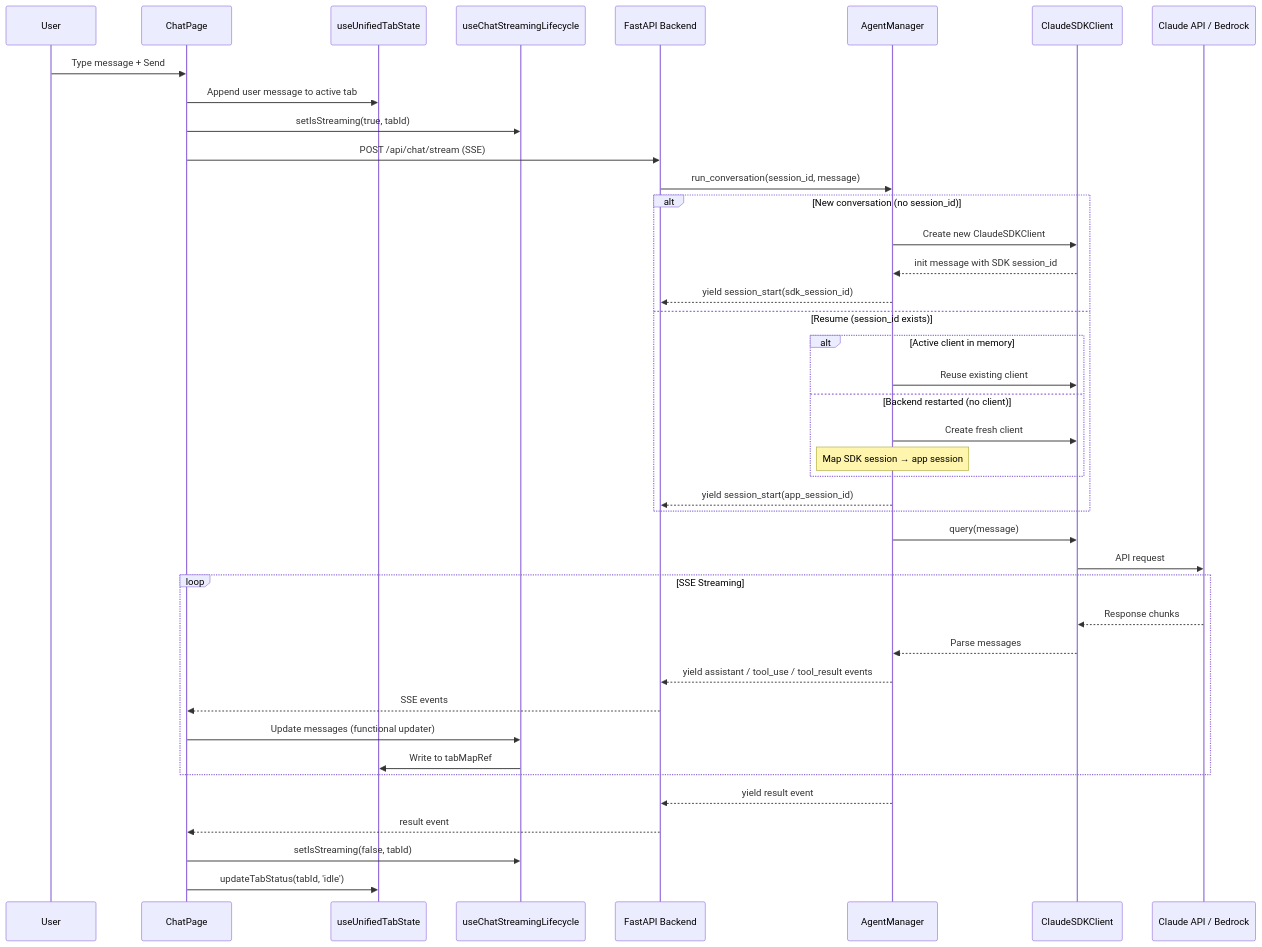
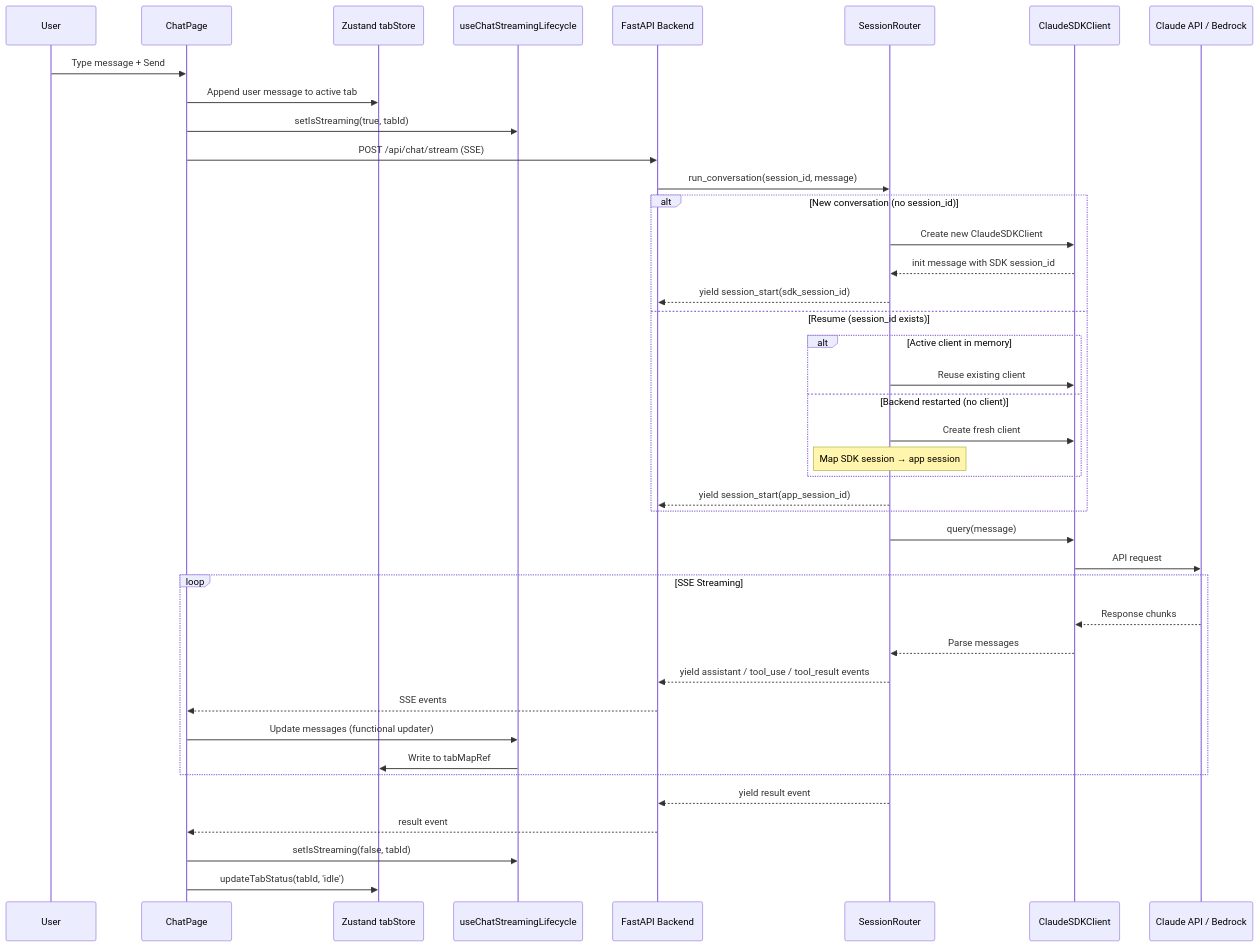
Before and after one commit to xg-gh-25/SwarmAI: the second of 20 diagrams in .kiro/specs/system-specs/FLOWCHARTS.md, drawn with Mermaid. The commit also changed other lines of this file and 7 other files, not shown here.

First line of the commit message:
docs: refresh system-specs for multi-session re-architecture

````diff
--- a/.kiro/specs/system-specs/FLOWCHARTS.md
+++ b/.kiro/specs/system-specs/FLOWCHARTS.md
@@ -43,49 +43,49 @@
 ```mermaid
 sequenceDiagram
     participant User
     participant ChatPage
-    participant TabMap as useUnifiedTabState
+    participant TabMap as Zustand tabStore
     participant StreamHook as useChatStreamingLifecycle
     participant API as FastAPI Backend
-    participant AM as AgentManager
+    participant AM as SessionRouter
     participant SDK as ClaudeSDKClient
     participant Claude as Claude API / Bedrock
 
     User->>ChatPage: Type message + Send
     ChatPage->>TabMap: Append user message to active tab
     ChatPage->>StreamHook: setIsStreaming(true, tabId)
     ChatPage->>API: POST /api/chat/stream (SSE)
 
     API->>AM: run_conversation(session_id, message)
 
     alt New conversation (no session_id)
         AM->>SDK: Create new ClaudeSDKClient
         SDK-->>AM: init message with SDK session_id
         AM-->>API: yield session_start(sdk_session_id)
     else Resume (session_id exists)
         alt Active client in memory
             AM->>SDK: Reuse existing client
         else Backend restarted (no client)
             AM->>SDK: Create fresh client
             Note over AM: Map SDK session → app session
         end
         AM-->>API: yield session_start(app_session_id)
     end
 
     AM->>SDK: query(message)
     SDK->>Claude: API request
 
     loop SSE Streaming
         Claude-->>SDK: Response chunks
         SDK-->>AM: Parse messages
         AM-->>API: yield assistant / tool_use / tool_result events
         API-->>ChatPage: SSE events
         ChatPage->>StreamHook: Update messages (functional updater)
         StreamHook->>TabMap: Write to tabMapRef
     end
 
     AM-->>API: yield result event
     API-->>ChatPage: result event
     ChatPage->>StreamHook: setIsStreaming(false, tabId)
     ChatPage->>TabMap: updateTabStatus(tabId, 'idle')
 ```
````
